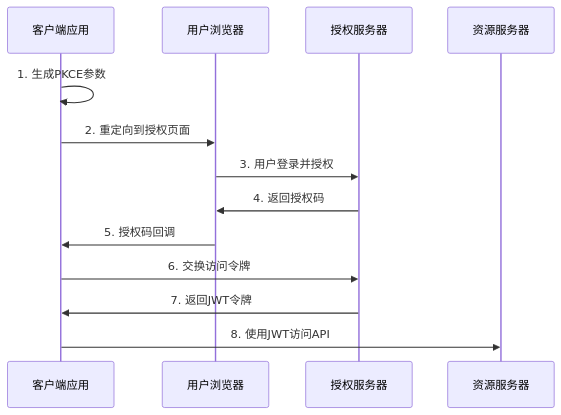
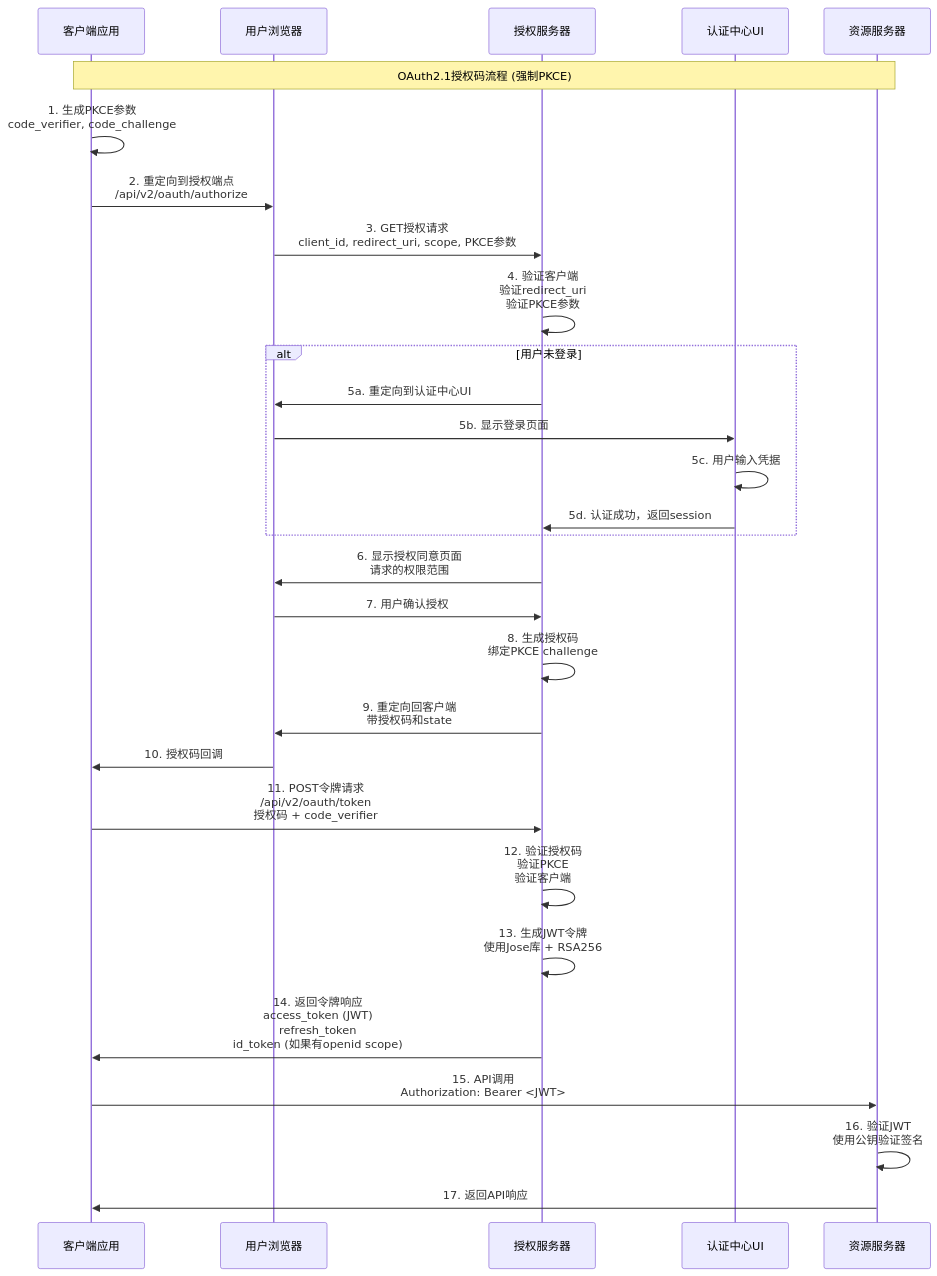
Before and after one commit to anjing0524/ts-next: the first of 2 diagrams in docs/JWT认证授权使用说明.md, drawn with Mermaid. The commit also changed other lines of this file and 39 other files, not shown here.

````diff
--- a/docs/JWT认证授权使用说明.md
+++ b/docs/JWT认证授权使用说明.md
@@ -48,16 +59,49 @@
 ```mermaid
 sequenceDiagram
     participant C as 客户端应用
     participant U as 用户浏览器
     participant AS as 授权服务器
+    participant UI as 认证中心UI
     participant RS as 资源服务器
     
-    C->>C: 1. 生成PKCE参数
-    C->>U: 2. 重定向到授权页面
-    U->>AS: 3. 用户登录并授权
-    AS->>U: 4. 返回授权码
-    U->>C: 5. 授权码回调
-    C->>AS: 6. 交换访问令牌
-    AS->>C: 7. 返回JWT令牌
-    C->>RS: 8. 使用JWT访问API
+    Note over C,RS: OAuth2.1授权码流程 (强制PKCE)
+    
+    C->>C: 1. 生成PKCE参数<br/>code_verifier, code_challenge
+    
+    C->>U: 2. 重定向到授权端点<br/>/api/v2/oauth/authorize
+    
+    U->>AS: 3. GET授权请求<br/>client_id, redirect_uri, scope, PKCE参数
+    
+    AS->>AS: 4. 验证客户端<br/>验证redirect_uri<br/>验证PKCE参数
+    
+    alt 用户未登录
+        AS->>U: 5a. 重定向到认证中心UI
+        U->>UI: 5b. 显示登录页面
+        UI->>UI: 5c. 用户输入凭据
+        UI->>AS: 5d. 认证成功，返回session
+    end
+    
+    AS->>U: 6. 显示授权同意页面<br/>请求的权限范围
+    
+    U->>AS: 7. 用户确认授权
+    
+    AS->>AS: 8. 生成授权码<br/>绑定PKCE challenge
+    
+    AS->>U: 9. 重定向回客户端<br/>带授权码和state
+    
+    U->>C: 10. 授权码回调
+    
+    C->>AS: 11. POST令牌请求<br/>/api/v2/oauth/token<br/>授权码 + code_verifier
+    
+    AS->>AS: 12. 验证授权码<br/>验证PKCE<br/>验证客户端
+    
+    AS->>AS: 13. 生成JWT令牌<br/>使用Jose库 + RSA256
+    
+    AS->>C: 14. 返回令牌响应<br/>access_token (JWT)<br/>refresh_token<br/>id_token (如果有openid scope)
+    
+    C->>RS: 15. API调用<br/>Authorization: Bearer <JWT>
+    
+    RS->>RS: 16. 验证JWT<br/>使用公钥验证签名
+    
+    RS->>C: 17. 返回API响应
 ```
````
